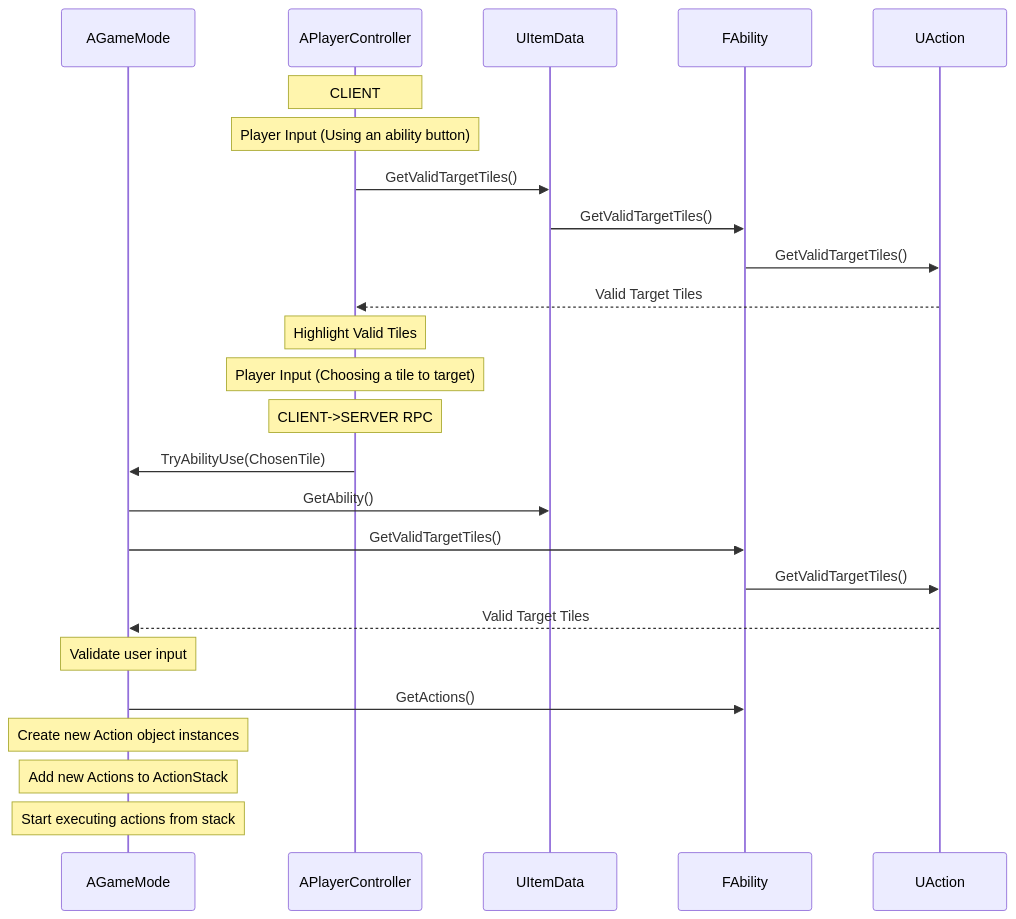
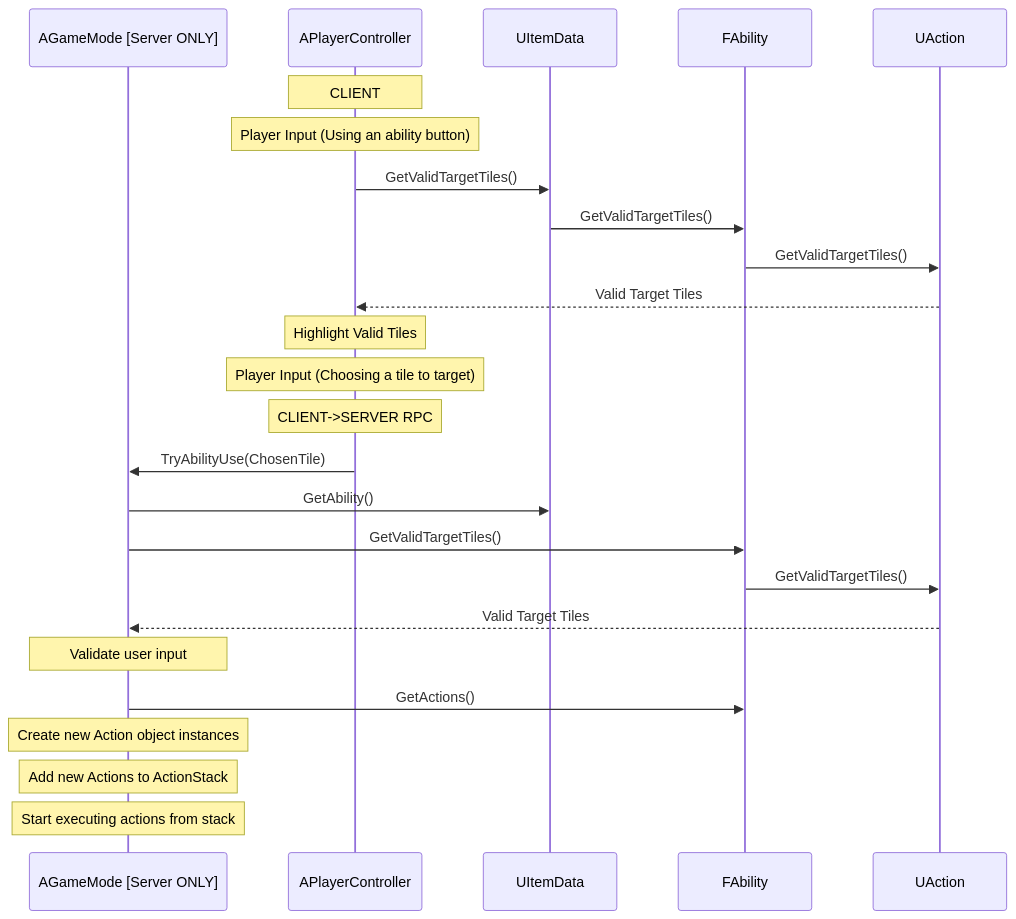
Before and after one commit to AntonHedlundFG/GraduationProject: the first of 2 diagrams in Docs/Report/Anton/ReportDraft.md, drawn with Mermaid. The commit also changed other lines of this file, not shown here.

````diff
--- a/Docs/Report/Anton/ReportDraft.md
+++ b/Docs/Report/Anton/ReportDraft.md
@@ -158,30 +159,30 @@
 ```mermaid 
 sequenceDiagram
-participant GM as AGameMode
+participant GM as AGameMode [Server ONLY]
 participant PC as APlayerController
 participant ID as UItemData
 participant Ability as FAbility
 participant Action as UAction
 
 Note over PC: CLIENT
 Note over PC: Player Input (Using an ability button)
 PC->>ID: GetValidTargetTiles()
 ID->>Ability: GetValidTargetTiles()
 Ability->>Action: GetValidTargetTiles()
 Action-->>PC: Valid Target Tiles
 Note over PC: Highlight Valid Tiles
 
 Note over PC: Player Input (Choosing a tile to target)
 Note over PC: CLIENT->SERVER RPC
 PC->>GM: TryAbilityUse(ChosenTile)
 GM->>ID: GetAbility()
 GM->>Ability: GetValidTargetTiles()
 Ability->>Action: GetValidTargetTiles()
 Action-->>GM: Valid Target Tiles
 Note over GM: Validate user input
 
 GM->>Ability: GetActions()
 Note over GM: Create new Action object instances
 Note over GM: Add new Actions to ActionStack
 Note over GM: Start executing actions from stack
 ```
````
